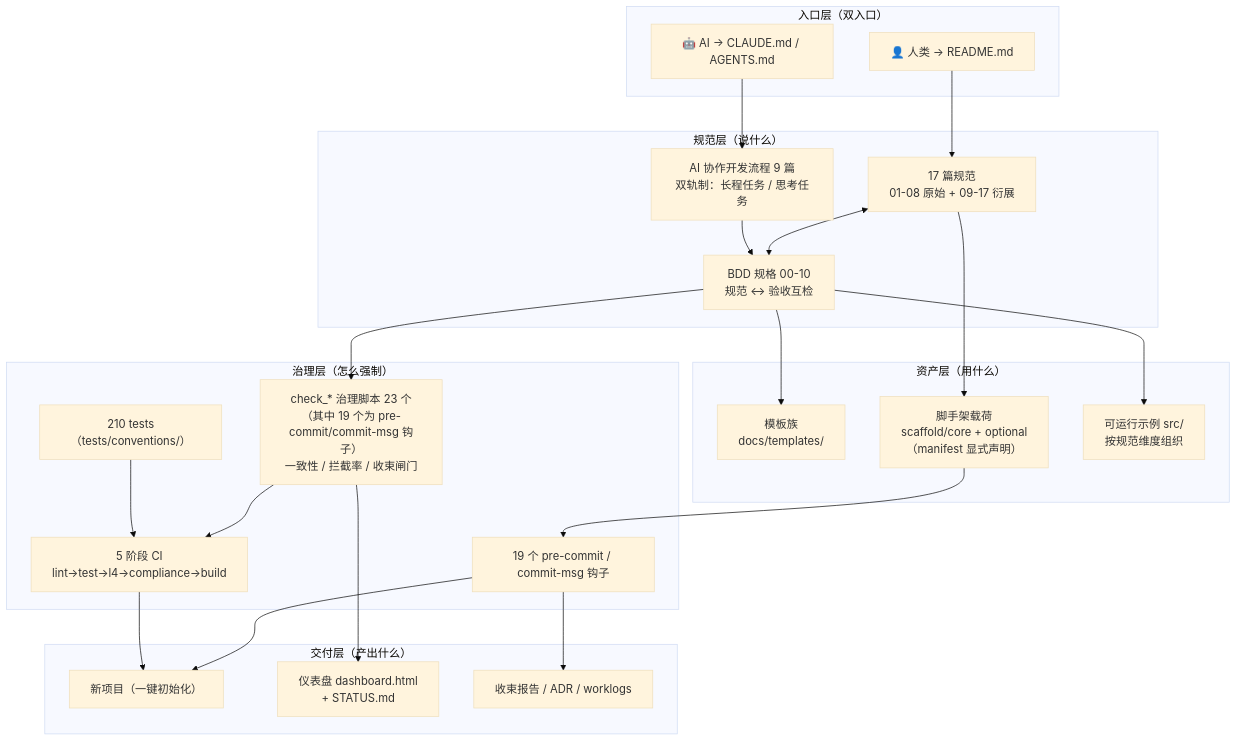
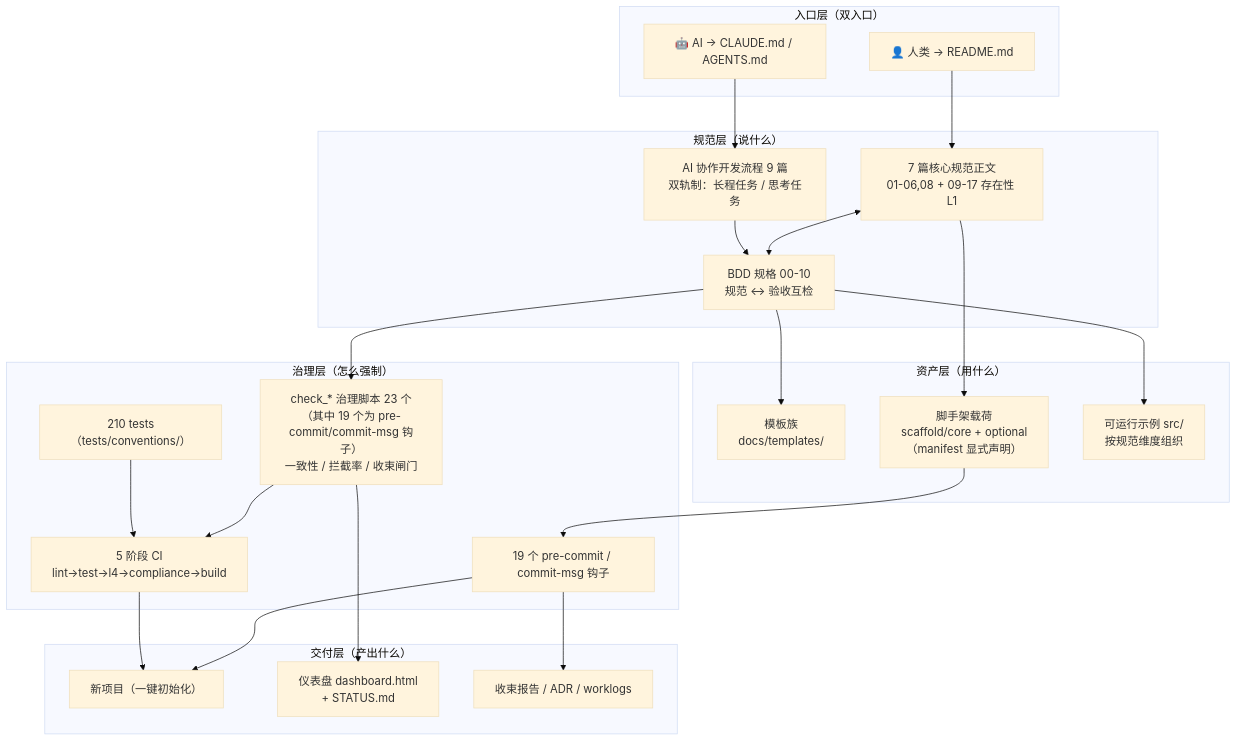
One commit to xiangbianpangde/devguard changed the first of 5 diagrams in docs/plan/项目介绍-PRD.md. Above: the diagram before and after it, drawn with Mermaid (base theme). The commit also changed other lines of this file and 8 other files, not shown here.

````diff
--- a/docs/plan/项目介绍-PRD.md
+++ b/docs/plan/项目介绍-PRD.md
@@ -29,48 +29,48 @@
 ```mermaid
 flowchart TB
     subgraph L1["入口层（双入口）"]
         H1["👤 人类 → README.md"]
         A1["🤖 AI → CLAUDE.md / AGENTS.md"]
     end
 
     subgraph L2["规范层（说什么）"]
-        C1["17 篇规范<br/>01-08 原始 + 09-17 衍展"]
+        C1["7 篇核心规范正文<br/>01-06,08 + 09-17 存在性 L1"]
         C2["AI 协作开发流程 9 篇<br/>双轨制：长程任务 / 思考任务"]
         C3["BDD 规格 00-10<br/>规范 ↔ 验收互检"]
     end
 
     subgraph L3["资产层（用什么）"]
         T1["模板族<br/>docs/templates/"]
         T2["脚手架载荷<br/>scaffold/core + optional<br/>（manifest 显式声明）"]
         T3["可运行示例 src/<br/>按规范维度组织"]
     end
 
     subgraph L4["治理层（怎么强制）"]
         G1["19 个 pre-commit / commit-msg 钩子"]
         G2["5 阶段 CI<br/>lint→test→l4→compliance→build"]
         G3["check_* 治理脚本 23 个（其中 19 个为 pre-commit/commit-msg 钩子）<br/>一致性 / 拦截率 / 收束闸门"]
         G4["210 tests（tests/conventions/）"]
     end
 
     subgraph L5["交付层（产出什么）"]
         D1["新项目（一键初始化）"]
         D2["仪表盘 dashboard.html<br/>+ STATUS.md"]
         D3["收束报告 / ADR / worklogs"]
     end
 
     H1 --> C1
     A1 --> C2
     C1 <--> C3
     C2 --> C3
     C3 --> T1
     C1 --> T2
     C3 --> T3
     T2 --> G1
     C3 --> G3
     G3 --> G2
     G4 --> G2
     G1 --> D1
     G2 --> D1
     G3 --> D2
     G1 --> D3
 ```
````
